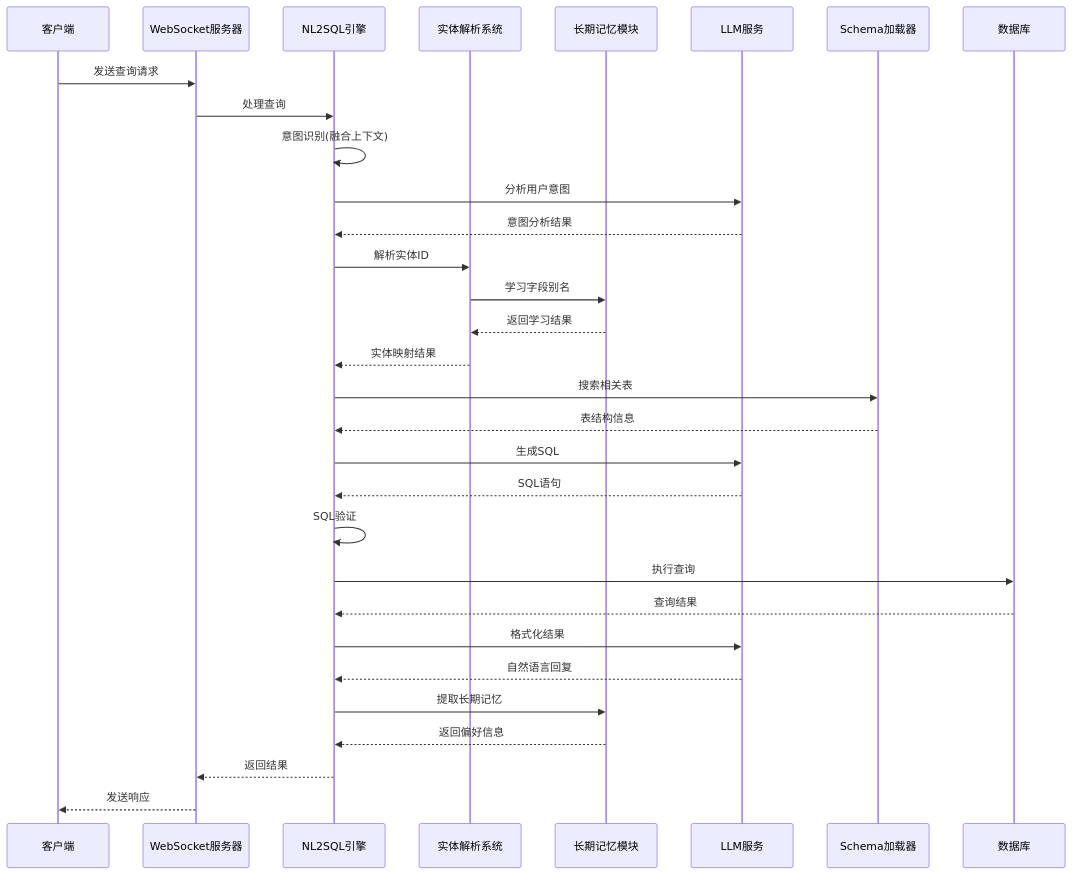
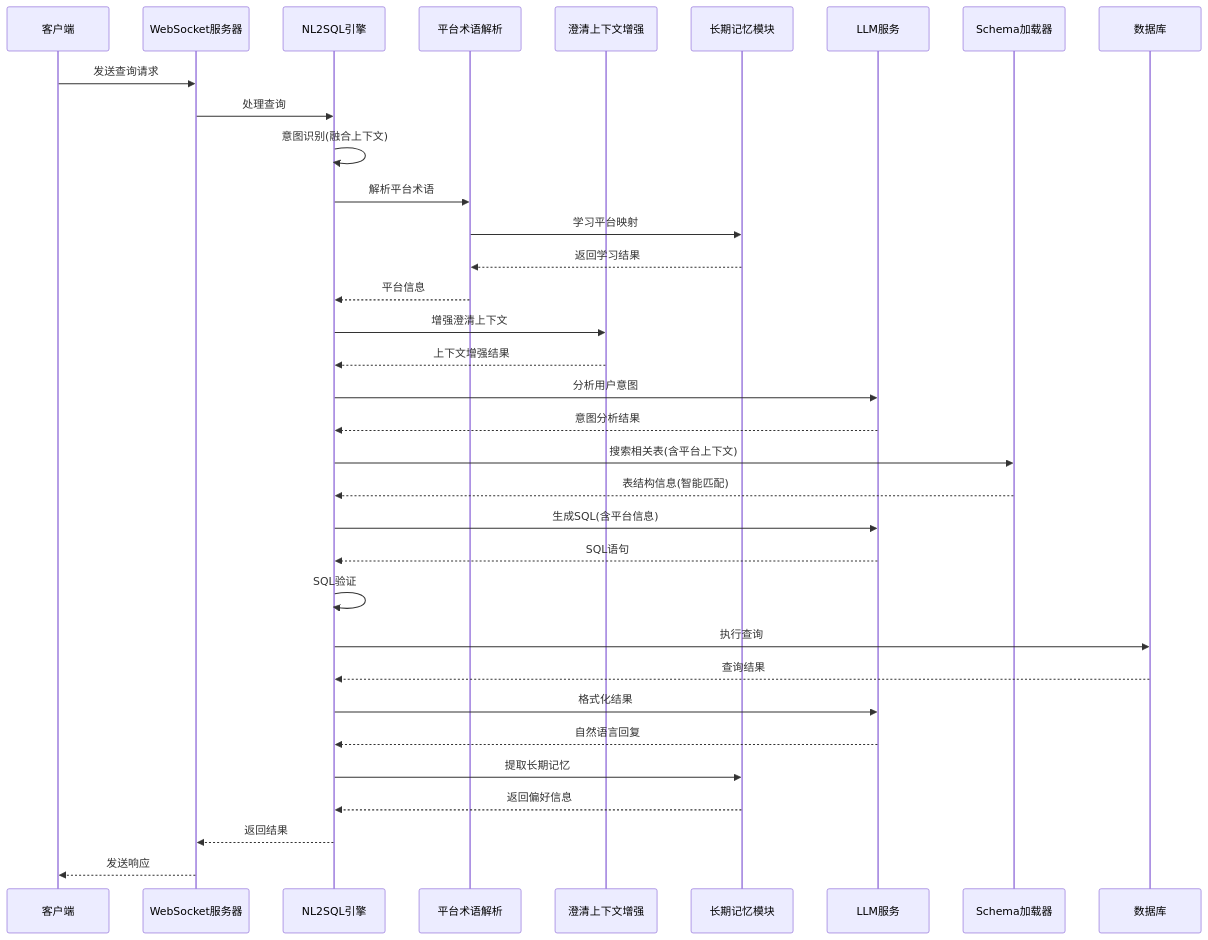
The third of 18 diagrams in .qoder/repowiki/zh/content/核心模块详解/NL2SQL自然语言到SQL系统/NL2SQL自然语言到SQL系统.md (HanHuiOnLine/724-office), drawn with Mermaid before and after one commit. The commit also changed other lines of this file and 115 other files, not shown here.

````diff
--- a/.qoder/repowiki/zh/content/核心模块详解/NL2SQL自然语言到SQL系统/NL2SQL自然语言到SQL系统.md
+++ b/.qoder/repowiki/zh/content/核心模块详解/NL2SQL自然语言到SQL系统/NL2SQL自然语言到SQL系统.md
@@ -264,33 +293,36 @@
 ```mermaid
 sequenceDiagram
 participant Client as 客户端
 participant WS as WebSocket服务器
 participant Engine as NL2SQL引擎
-participant Entity as 实体解析系统
+participant Platform as 平台术语解析
+participant Context as 澄清上下文增强
 participant Memory as 长期记忆模块
 participant LLM as LLM服务
 participant Schema as Schema加载器
 participant DB as 数据库
 Client->>WS : 发送查询请求
 WS->>Engine : 处理查询
 Engine->>Engine : 意图识别(融合上下文)
+Engine->>Platform : 解析平台术语
+Platform->>Memory : 学习平台映射
+Memory-->>Platform : 返回学习结果
+Platform-->>Engine : 平台信息
+Engine->>Context : 增强澄清上下文
+Context-->>Engine : 上下文增强结果
 Engine->>LLM : 分析用户意图
 LLM-->>Engine : 意图分析结果
-Engine->>Entity : 解析实体ID
-Entity->>Memory : 学习字段别名
-Memory-->>Entity : 返回学习结果
-Entity-->>Engine : 实体映射结果
-Engine->>Schema : 搜索相关表
-Schema-->>Engine : 表结构信息
-Engine->>LLM : 生成SQL
+Engine->>Schema : 搜索相关表(含平台上下文)
+Schema-->>Engine : 表结构信息(智能匹配)
+Engine->>LLM : 生成SQL(含平台信息)
 LLM-->>Engine : SQL语句
 Engine->>Engine : SQL验证
 Engine->>DB : 执行查询
 DB-->>Engine : 查询结果
 Engine->>LLM : 格式化结果
 LLM-->>Engine : 自然语言回复
 Engine->>Memory : 提取长期记忆
 Memory-->>Engine : 返回偏好信息
 Engine-->>WS : 返回结果
 WS-->>Client : 发送响应
 ```
````
